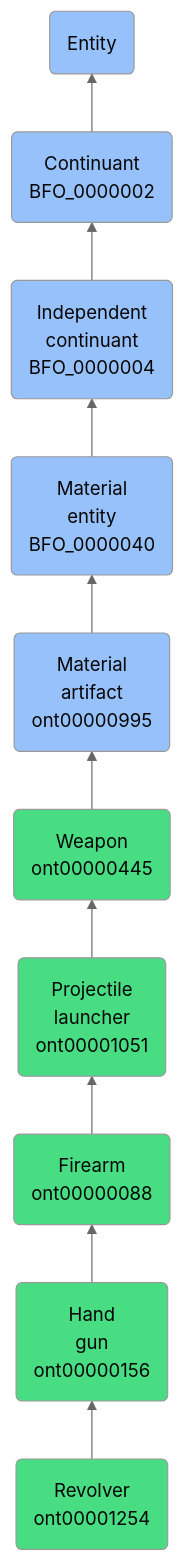
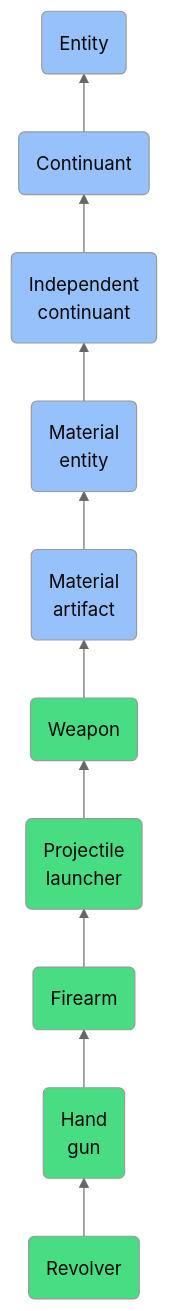
One commit to jupyter-naas/abi changed the diagram in docs/ontology/reference/model/Entity/Continuant/Independent continuant/Material entity/Material artifact/Weapon/Projectile launcher/Firearm/Hand gun/Revolver/Revolver.md. Above: the diagram before and after it, drawn with Mermaid (neutral theme). The commit also changed other lines of this file and 1430 other files, not shown here.

````diff
--- a/docs/ontology/reference/model/Entity/Continuant/Independent continuant/Material entity/Material artifact/Weapon/Projectile launcher/Firearm/Hand gun/Revolver/Revolver.md
+++ b/docs/ontology/reference/model/Entity/Continuant/Independent continuant/Material entity/Material artifact/Weapon/Projectile launcher/Firearm/Hand gun/Revolver/Revolver.md
@@ -24,17 +24,17 @@
 ```mermaid
 graph BT
-    ont00001254(Revolver<br>ont00001254):::ABI-->ont00000156
-    ont00000156(Hand<br>gun<br>ont00000156):::ABI-->ont00000088
-    ont00000088(Firearm<br>ont00000088):::ABI-->ont00001051
-    ont00001051(Projectile<br>launcher<br>ont00001051):::ABI-->ont00000445
-    ont00000445(Weapon<br>ont00000445):::ABI-->ont00000995
-    ont00000995(Material<br>artifact<br>ont00000995):::BFO-->BFO_0000040
-    BFO_0000040(Material<br>entity<br>BFO_0000040):::BFO-->BFO_0000004
-    BFO_0000004(Independent<br>continuant<br>BFO_0000004):::BFO-->BFO_0000002
-    BFO_0000002(Continuant<br>BFO_0000002):::BFO-->BFO_0000001
+    ont00001254(Revolver):::ABI-->ont00000156
+    ont00000156(Hand<br>gun):::ABI-->ont00000088
+    ont00000088(Firearm):::ABI-->ont00001051
+    ont00001051(Projectile<br>launcher):::ABI-->ont00000445
+    ont00000445(Weapon):::ABI-->ont00000995
+    ont00000995(Material<br>artifact):::BFO-->BFO_0000040
+    BFO_0000040(Material<br>entity):::BFO-->BFO_0000004
+    BFO_0000004(Independent<br>continuant):::BFO-->BFO_0000002
+    BFO_0000002(Continuant):::BFO-->BFO_0000001
     BFO_0000001(Entity):::BFO
     
     classDef BFO fill:#97c1fb,color:#060606
     classDef CCO fill:#e4c51e,color:#060606
     classDef ABI fill:#48DD82,color:#060606
 ```
````
